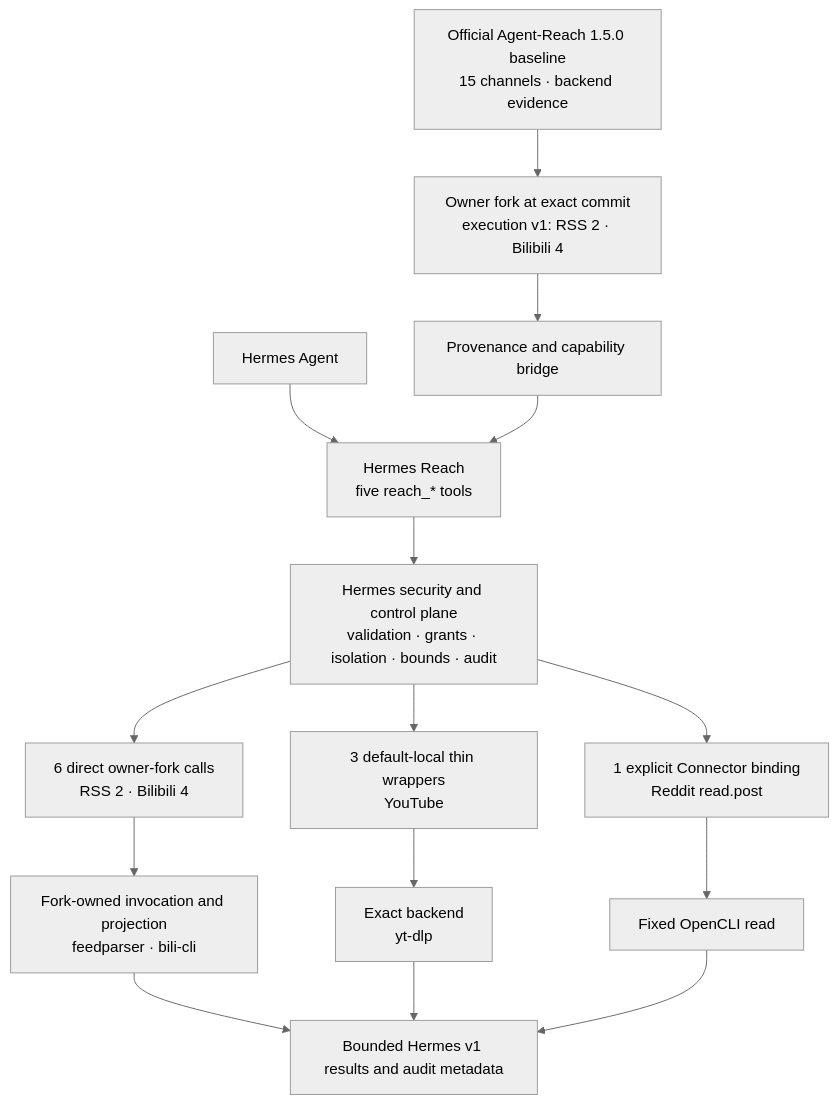
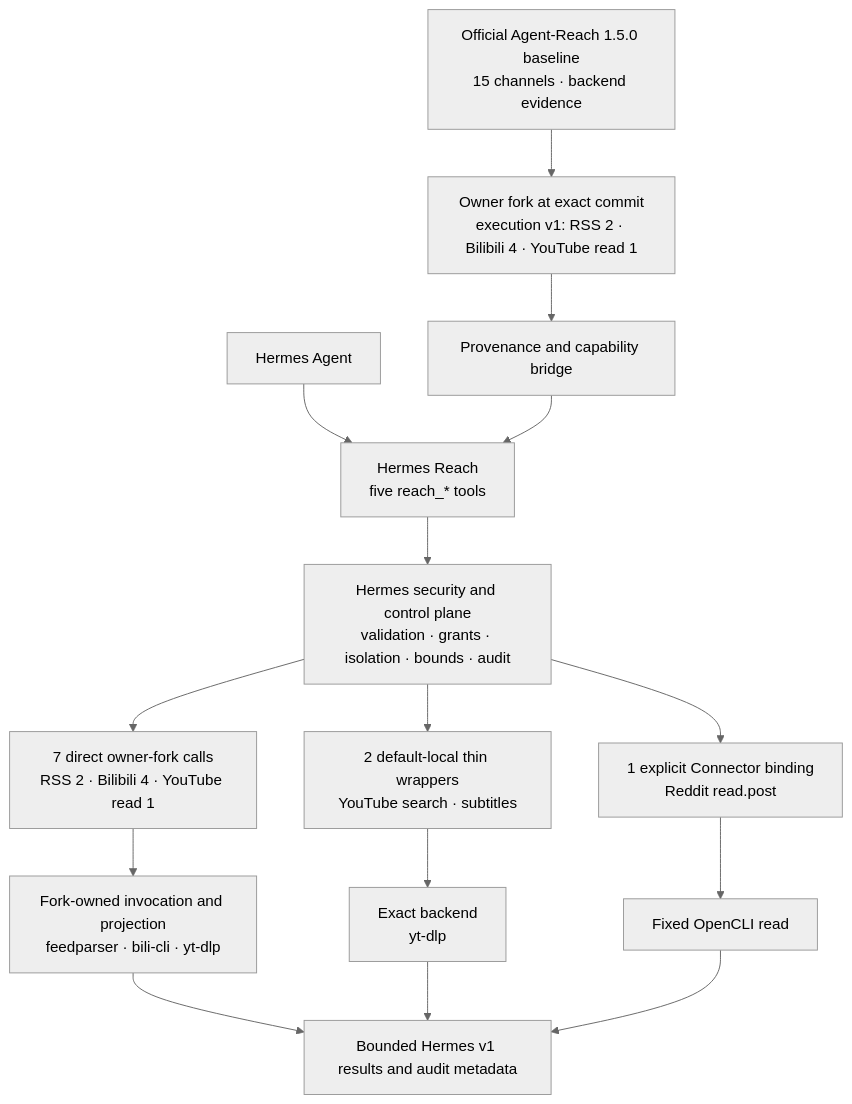
The first of 2 diagrams in README_EN.md (izumi0uu/hermes-reach), drawn with Mermaid (neutral theme) before and after one commit. The commit also changed other lines of this file and 30 other files, not shown here.

Commit message:
feat(agent-reach): execute YouTube read video through fork runtime

````diff
--- a/README_EN.md
+++ b/README_EN.md
@@ -296,17 +298,17 @@
 ```mermaid
 flowchart TD
     Hermes["Hermes Agent"] --> Plugin["Hermes Reach<br/>five reach_* tools"]
-    Upstream["Official Agent-Reach 1.5.0 baseline<br/>15 channels · backend evidence"] --> Fork["Owner fork at exact commit<br/>execution v1: RSS 2 · Bilibili 4"]
+    Upstream["Official Agent-Reach 1.5.0 baseline<br/>15 channels · backend evidence"] --> Fork["Owner fork at exact commit<br/>execution v1: RSS 2 · Bilibili 4 · YouTube read 1"]
     Fork --> Bridge["Provenance and capability bridge"]
     Bridge --> Plugin
     Plugin --> Guard["Hermes security and control plane<br/>validation · grants · isolation · bounds · audit"]
-    Guard --> ForkOps["6 direct owner-fork calls<br/>RSS 2 · Bilibili 4"]
-    Guard --> Local["3 default-local thin wrappers<br/>YouTube"]
+    Guard --> ForkOps["7 direct owner-fork calls<br/>RSS 2 · Bilibili 4 · YouTube read 1"]
+    Guard --> Local["2 default-local thin wrappers<br/>YouTube search · subtitles"]
     Guard --> Connector["1 explicit Connector binding<br/>Reddit read.post"]
-    ForkOps --> ForkBackends["Fork-owned invocation and projection<br/>feedparser · bili-cli"]
+    ForkOps --> ForkBackends["Fork-owned invocation and projection<br/>feedparser · bili-cli · yt-dlp"]
     Local --> Backends["Exact backend<br/>yt-dlp"]
     Connector --> OpenCLI["Fixed OpenCLI read"]
     ForkBackends --> Results["Bounded Hermes v1 results and audit metadata"]
     Backends --> Results
     OpenCLI --> Results
 ```
````
